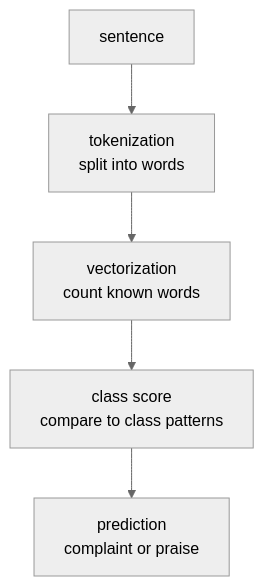
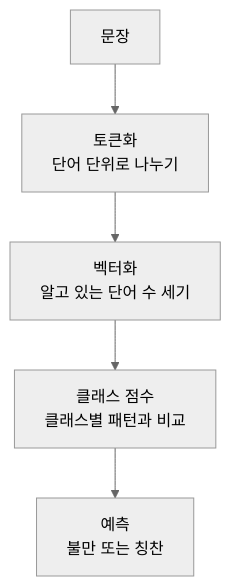
One commit to devchan64/AiBook changed the diagram in docs/parts/part-07/chapter-04/section-01.md. Above: the diagram before and after it, drawn with Mermaid (neutral theme). The commit also changed other lines of this file and 15 other files, not shown here.

````diff
--- a/docs/parts/part-07/chapter-04/section-01.md
+++ b/docs/parts/part-07/chapter-04/section-01.md
@@ -78,10 +72,10 @@
 ```mermaid
 flowchart TD
-  A["sentence"]
-  B["tokenization<br/>split into words"]
-  C["vectorization<br/>count known words"]
-  D["class score<br/>compare to class patterns"]
-  E["prediction<br/>complaint or praise"]
+  A["문장"]
+  B["토큰화<br/>단어 단위로 나누기"]
+  C["벡터화<br/>알고 있는 단어 수 세기"]
+  D["클래스 점수<br/>클래스별 패턴과 비교"]
+  E["예측<br/>불만 또는 칭찬"]
 
   A --> B --> C --> D --> E
 ```
````
